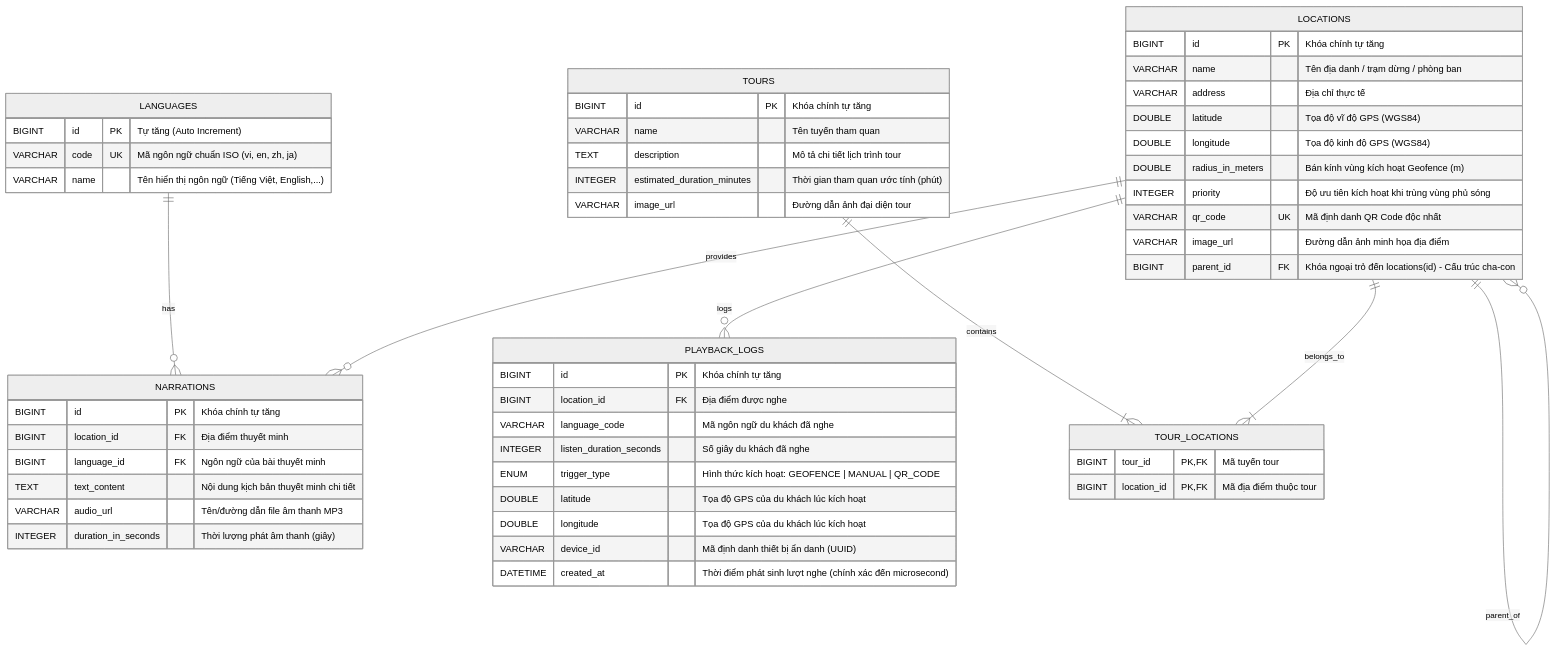
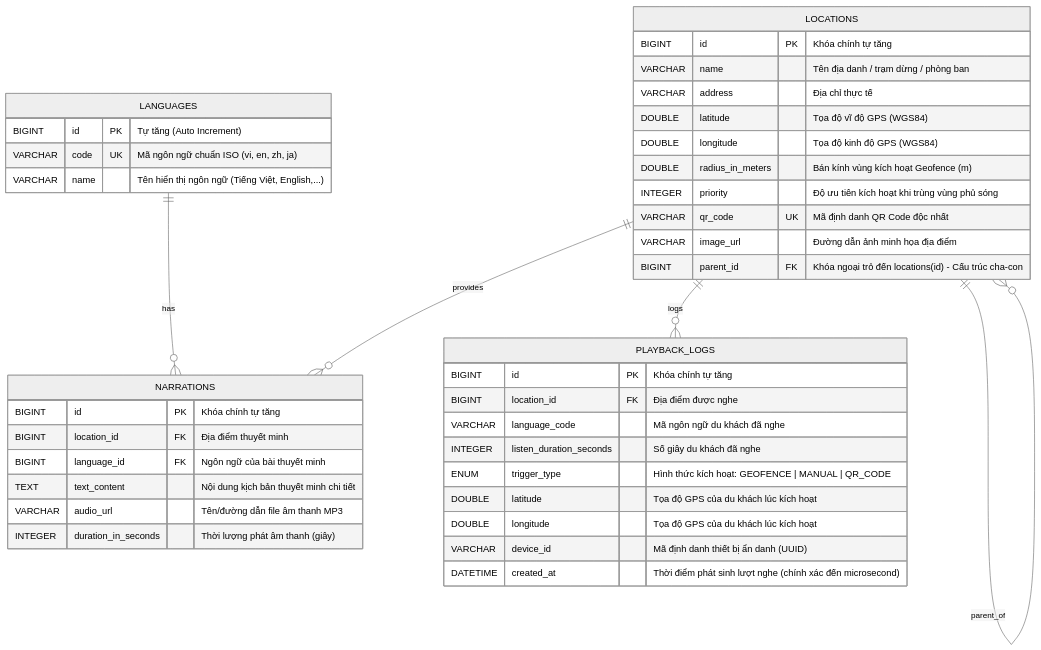
Before and after one commit to HuynhQuang16032006/Multi_Languages_Automatic_Translation: the second of 3 diagrams in docs/specs/PRD.md, drawn with Mermaid (neutral theme). The commit also changed other lines of this file and 15 other files, not shown here.

Commit message:
refactor: loai bo hoan toan tinh nang tuyen tham quan (tour) khoi backend, frontend, csdl va tai lieu

````diff
--- a/docs/specs/PRD.md
+++ b/docs/specs/PRD.md
@@ -106,62 +106,47 @@
 ```mermaid
 erDiagram
     LANGUAGES ||--o{ NARRATIONS : "has"
     LOCATIONS ||--o{ NARRATIONS : "provides"
     LOCATIONS ||--o{ PLAYBACK_LOGS : "logs"
     LOCATIONS ||--o{ LOCATIONS : "parent_of"
-    TOURS ||--|{ TOUR_LOCATIONS : "contains"
-    LOCATIONS ||--|{ TOUR_LOCATIONS : "belongs_to"
 
     LANGUAGES {
         BIGINT id PK "Tự tăng (Auto Increment)"
         VARCHAR code UK "Mã ngôn ngữ chuẩn ISO (vi, en, zh, ja)"
         VARCHAR name "Tên hiển thị ngôn ngữ (Tiếng Việt, English,...)"
     }
 
     LOCATIONS {
         BIGINT id PK "Khóa chính tự tăng"
         VARCHAR name "Tên địa danh / trạm dừng / phòng ban"
         VARCHAR address "Địa chỉ thực tế"
         DOUBLE latitude "Tọa độ vĩ độ GPS (WGS84)"
         DOUBLE longitude "Tọa độ kinh độ GPS (WGS84)"
         DOUBLE radius_in_meters "Bán kính vùng kích hoạt Geofence (m)"
         INTEGER priority "Độ ưu tiên kích hoạt khi trùng vùng phủ sóng"
         VARCHAR qr_code UK "Mã định danh QR Code độc nhất"
         VARCHAR image_url "Đường dẫn ảnh minh họa địa điểm"
         BIGINT parent_id FK "Khóa ngoại trỏ đến locations(id) - Cấu trúc cha-con"
-    }
-
-    TOURS {
-        BIGINT id PK "Khóa chính tự tăng"
-        VARCHAR name "Tên tuyến tham quan"
-        TEXT description "Mô tả chi tiết lịch trình tour"
-        INTEGER estimated_duration_minutes "Thời gian tham quan ước tính (phút)"
-        VARCHAR image_url "Đường dẫn ảnh đại diện tour"
-    }
-
-    TOUR_LOCATIONS {
-        BIGINT tour_id PK,FK "Mã tuyến tour"
-        BIGINT location_id PK,FK "Mã địa điểm thuộc tour"
     }
 
     NARRATIONS {
         BIGINT id PK "Khóa chính tự tăng"
         BIGINT location_id FK "Địa điểm thuyết minh"
         BIGINT language_id FK "Ngôn ngữ của bài thuyết minh"
         TEXT text_content "Nội dung kịch bản thuyết minh chi tiết"
         VARCHAR audio_url "Tên/đường dẫn file âm thanh MP3"
         INTEGER duration_in_seconds "Thời lượng phát âm thanh (giây)"
     }
 
     PLAYBACK_LOGS {
         BIGINT id PK "Khóa chính tự tăng"
         BIGINT location_id FK "Địa điểm được nghe"
         VARCHAR language_code "Mã ngôn ngữ du khách đã nghe"
         INTEGER listen_duration_seconds "Số giây du khách đã nghe"
         ENUM trigger_type "Hình thức kích hoạt: GEOFENCE | MANUAL | QR_CODE"
         DOUBLE latitude "Tọa độ GPS của du khách lúc kích hoạt"
         DOUBLE longitude "Tọa độ GPS của du khách lúc kích hoạt"
         VARCHAR device_id "Mã định danh thiết bị ẩn danh (UUID)"
         DATETIME created_at "Thời điểm phát sinh lượt nghe (chính xác đến microsecond)"
     }
 ```
````
